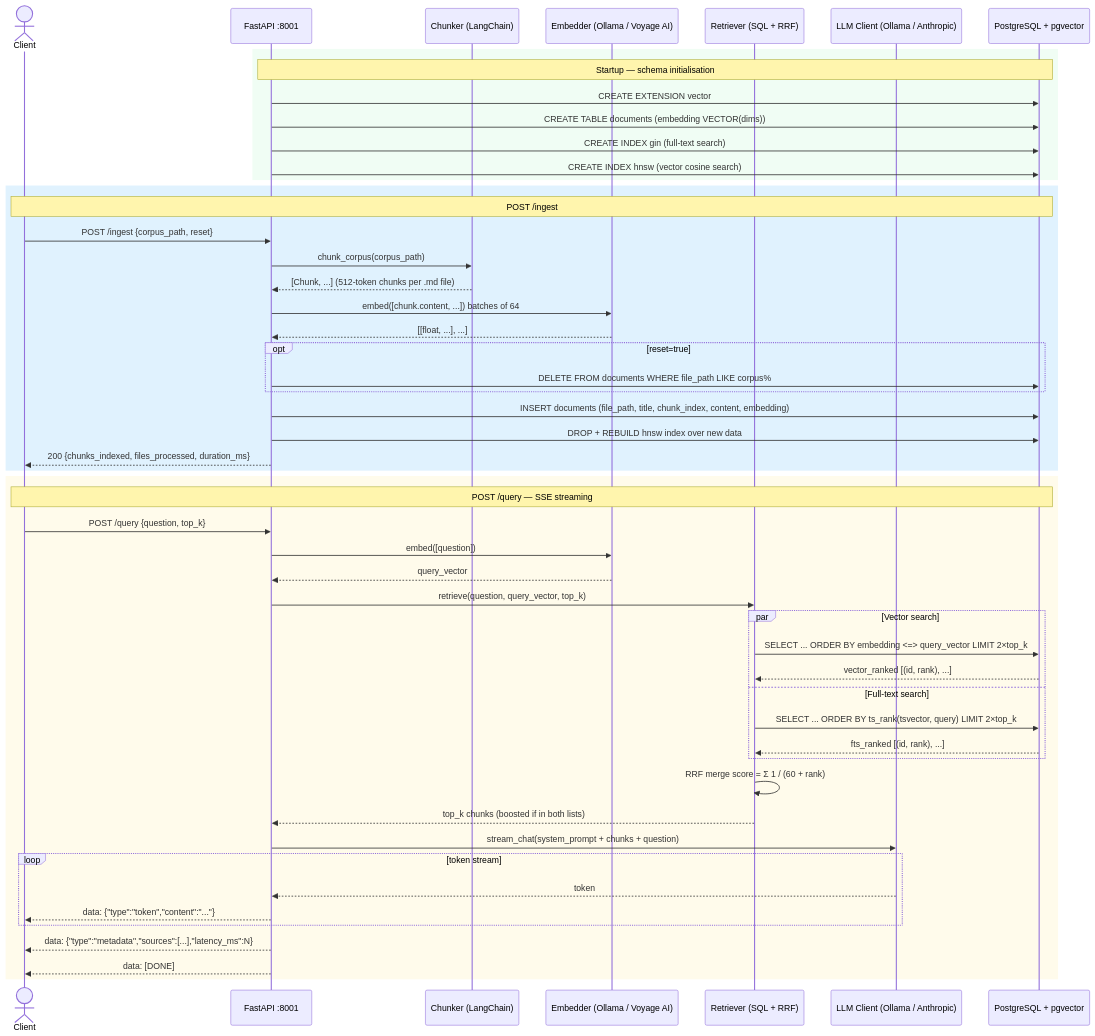
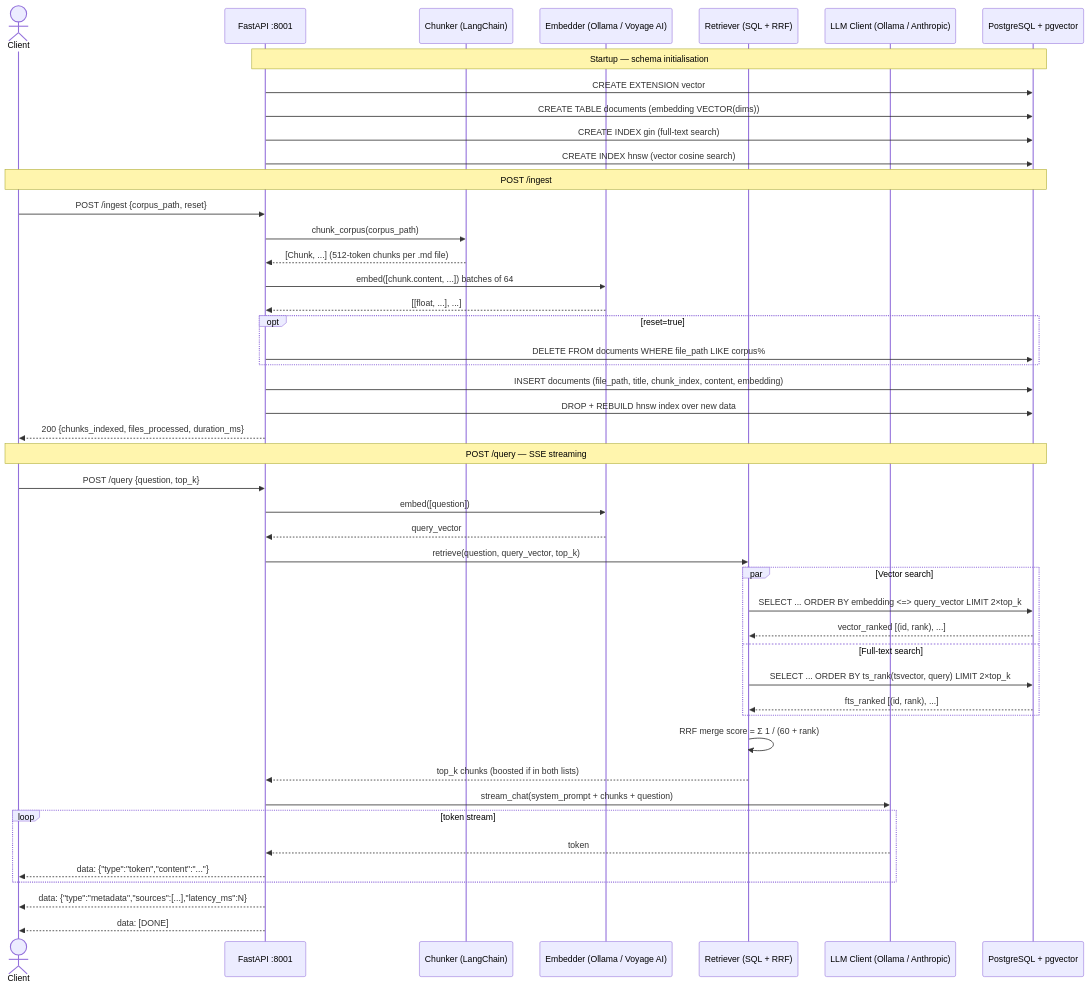
The diagram in README.md (thanhnv2210/docu-rag), drawn with Mermaid before and after one commit.

Commit message:
docs: remove hardcoded rect colors from Mermaid diagram for dark theme
Light pastel rgb() fills look broken on GitHub dark theme. Removed all
rect blocks and rely on Mermaid's adaptive theming + Note labels to
separate the three flows (startup / ingest / query).

````diff
--- a/README.md
+++ b/README.md
@@ -126,57 +126,51 @@
 ```mermaid
 sequenceDiagram
     actor Client
     participant API as FastAPI :8001
     participant Chunker as Chunker (LangChain)
     participant Embedder as Embedder (Ollama / Voyage AI)
     participant Retriever as Retriever (SQL + RRF)
     participant LLM as LLM Client (Ollama / Anthropic)
     participant DB as PostgreSQL + pgvector
 
-    rect rgb(240, 253, 244)
-        Note over API,DB: Startup — schema initialisation
-        API->>DB: CREATE EXTENSION vector
-        API->>DB: CREATE TABLE documents (embedding VECTOR(dims))
-        API->>DB: CREATE INDEX gin (full-text search)
-        API->>DB: CREATE INDEX hnsw (vector cosine search)
+    Note over API,DB: Startup — schema initialisation
+    API->>DB: CREATE EXTENSION vector
+    API->>DB: CREATE TABLE documents (embedding VECTOR(dims))
+    API->>DB: CREATE INDEX gin (full-text search)
+    API->>DB: CREATE INDEX hnsw (vector cosine search)
+
+    Note over Client,DB: POST /ingest
+    Client->>API: POST /ingest {corpus_path, reset}
+    API->>Chunker: chunk_corpus(corpus_path)
+    Chunker-->>API: [Chunk, ...]  (512-token chunks per .md file)
+    API->>Embedder: embed([chunk.content, ...])  batches of 64
+    Embedder-->>API: [[float, ...], ...]
+    opt reset=true
+        API->>DB: DELETE FROM documents WHERE file_path LIKE corpus%
     end
+    API->>DB: INSERT documents (file_path, title, chunk_index, content, embedding)
+    API->>DB: DROP + REBUILD hnsw index over new data
+    API-->>Client: 200 {chunks_indexed, files_processed, duration_ms}
 
-    rect rgb(224, 242, 254)
-        Note over Client,DB: POST /ingest
-        Client->>API: POST /ingest {corpus_path, reset}
-        API->>Chunker: chunk_corpus(corpus_path)
-        Chunker-->>API: [Chunk, ...]  (512-token chunks per .md file)
-        API->>Embedder: embed([chunk.content, ...])  batches of 64
-        Embedder-->>API: [[float, ...], ...]
-        opt reset=true
-            API->>DB: DELETE FROM documents WHERE file_path LIKE corpus%
-        end
-        API->>DB: INSERT documents (file_path, title, chunk_index, content, embedding)
-        API->>DB: DROP + REBUILD hnsw index over new data
-        API-->>Client: 200 {chunks_indexed, files_processed, duration_ms}
+    Note over Client,DB: POST /query — SSE streaming
+    Client->>API: POST /query {question, top_k}
+    API->>Embedder: embed([question])
+    Embedder-->>API: query_vector
+    API->>Retriever: retrieve(question, query_vector, top_k)
+    par Vector search
+        Retriever->>DB: SELECT ... ORDER BY embedding <=> query_vector LIMIT 2×top_k
+        DB-->>Retriever: vector_ranked [(id, rank), ...]
+    and Full-text search
+        Retriever->>DB: SELECT ... ORDER BY ts_rank(tsvector, query) LIMIT 2×top_k
+        DB-->>Retriever: fts_ranked [(id, rank), ...]
     end
-
-    rect rgb(255, 251, 235)
-        Note over Client,DB: POST /query — SSE streaming
-        Client->>API: POST /query {question, top_k}
-        API->>Embedder: embed([question])
-        Embedder-->>API: query_vector
-        API->>Retriever: retrieve(question, query_vector, top_k)
-        par Vector search
-            Retriever->>DB: SELECT ... ORDER BY embedding <=> query_vector LIMIT 2×top_k
-            DB-->>Retriever: vector_ranked [(id, rank), ...]
-        and Full-text search
-            Retriever->>DB: SELECT ... ORDER BY ts_rank(tsvector, query) LIMIT 2×top_k
-            DB-->>Retriever: fts_ranked [(id, rank), ...]
-        end
-        Retriever->>Retriever: RRF merge  score = Σ 1 / (60 + rank)
-        Retriever-->>API: top_k chunks (boosted if in both lists)
-        API->>LLM: stream_chat(system_prompt + chunks + question)
-        loop token stream
-            LLM-->>API: token
-            API-->>Client: data: {"type":"token","content":"..."}
-        end
-        API-->>Client: data: {"type":"metadata","sources":[...],"latency_ms":N}
-        API-->>Client: data: [DONE]
+    Retriever->>Retriever: RRF merge  score = Σ 1 / (60 + rank)
+    Retriever-->>API: top_k chunks (boosted if in both lists)
+    API->>LLM: stream_chat(system_prompt + chunks + question)
+    loop token stream
+        LLM-->>API: token
+        API-->>Client: data: {"type":"token","content":"..."}
     end
+    API-->>Client: data: {"type":"metadata","sources":[...],"latency_ms":N}
+    API-->>Client: data: [DONE]
 ```
````
